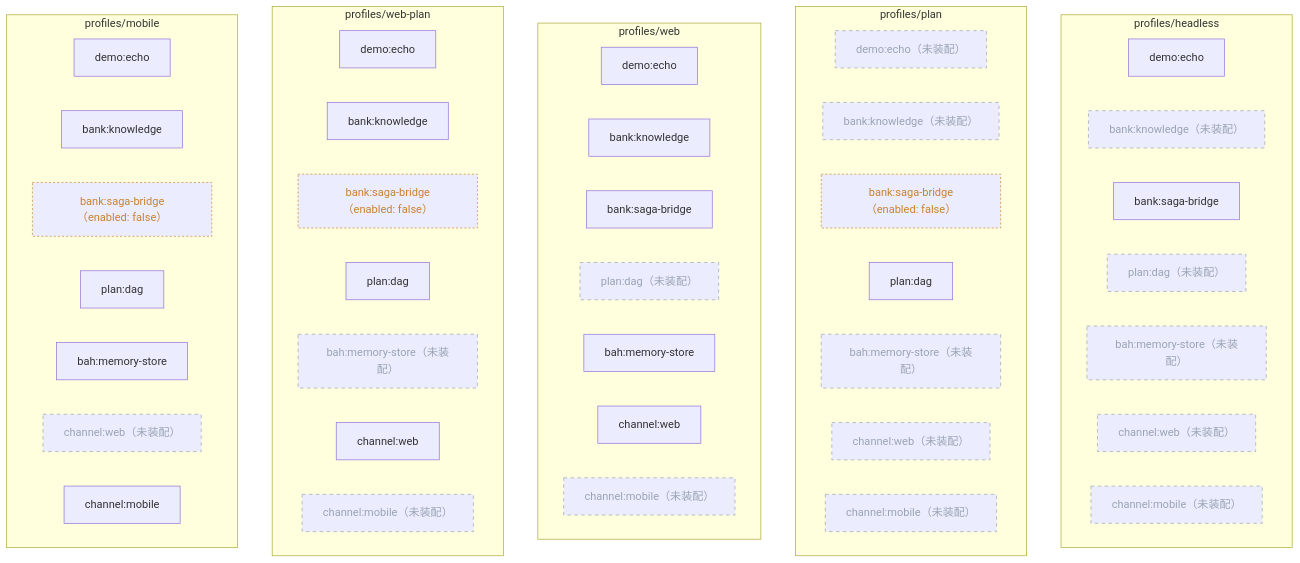
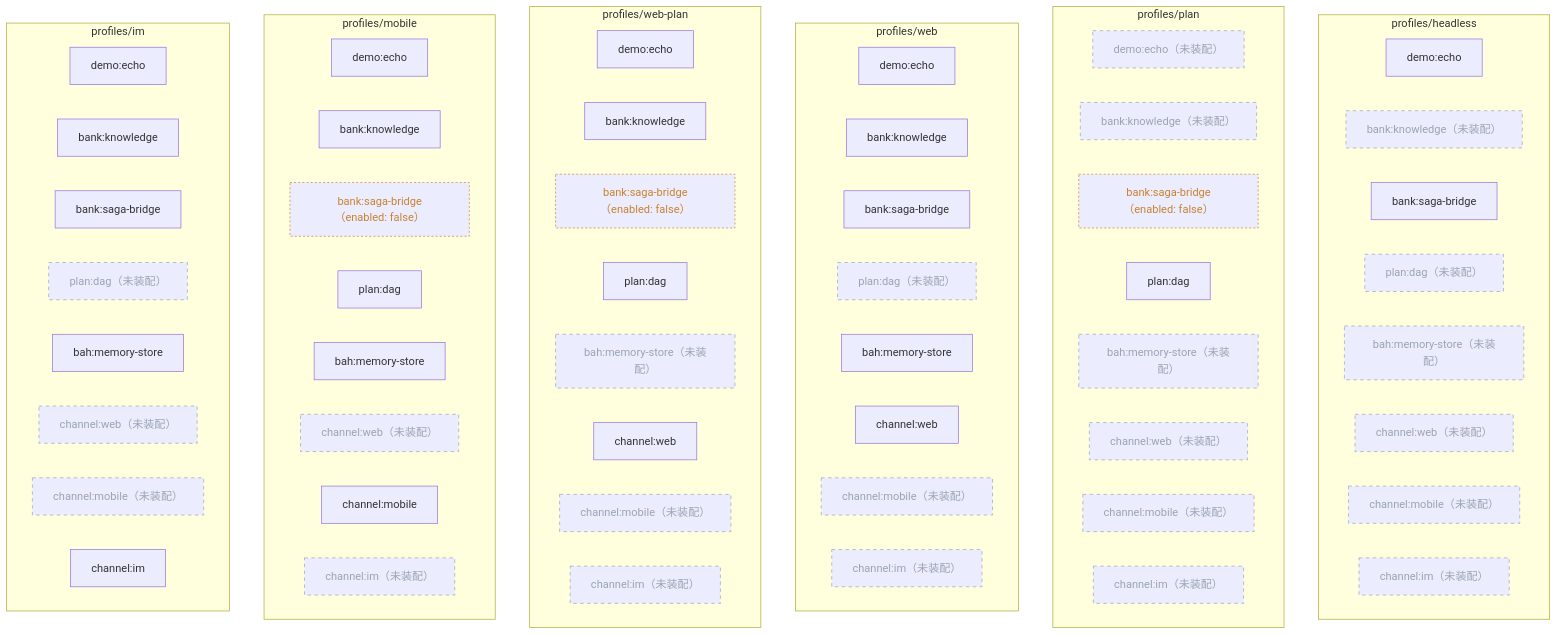
Before and after one commit to YYYPROBEE/BAH: the second of 2 diagrams in docs/architecture.md, drawn with Mermaid. The commit also changed other lines of this file and 32 other files, not shown here.

````diff
--- a/docs/architecture.md
+++ b/docs/architecture.md
@@ -198,52 +205,67 @@
 ```mermaid
 graph TB
   subgraph P_headless["profiles/headless"]
     p8_headless["demo:echo"]
     p11_headless["bank:knowledge（未装配）"]
     p19_headless["bank:saga-bridge"]
     p20_headless["plan:dag（未装配）"]
     p21_headless["bah:memory-store（未装配）"]
     p24_headless["channel:web（未装配）"]
     p25_headless["channel:mobile（未装配）"]
+    p26_headless["channel:im（未装配）"]
   end
   subgraph P_plan["profiles/plan"]
     p8_plan["demo:echo（未装配）"]
     p11_plan["bank:knowledge（未装配）"]
     p19_plan["bank:saga-bridge（enabled: false）"]
     p20_plan["plan:dag"]
     p21_plan["bah:memory-store（未装配）"]
     p24_plan["channel:web（未装配）"]
     p25_plan["channel:mobile（未装配）"]
+    p26_plan["channel:im（未装配）"]
   end
   subgraph P_web["profiles/web"]
     p8_web["demo:echo"]
     p11_web["bank:knowledge"]
     p19_web["bank:saga-bridge"]
     p20_web["plan:dag（未装配）"]
     p21_web["bah:memory-store"]
     p24_web["channel:web"]
     p25_web["channel:mobile（未装配）"]
+    p26_web["channel:im（未装配）"]
   end
   subgraph P_web-plan["profiles/web-plan"]
     p8_web-plan["demo:echo"]
     p11_web-plan["bank:knowledge"]
     p19_web-plan["bank:saga-bridge（enabled: false）"]
     p20_web-plan["plan:dag"]
     p21_web-plan["bah:memory-store（未装配）"]
     p24_web-plan["channel:web"]
     p25_web-plan["channel:mobile（未装配）"]
+    p26_web-plan["channel:im（未装配）"]
   end
   subgraph P_mobile["profiles/mobile"]
     p8_mobile["demo:echo"]
     p11_mobile["bank:knowledge"]
     p19_mobile["bank:saga-bridge（enabled: false）"]
     p20_mobile["plan:dag"]
     p21_mobile["bah:memory-store"]
     p24_mobile["channel:web（未装配）"]
     p25_mobile["channel:mobile"]
+    p26_mobile["channel:im（未装配）"]
+  end
+  subgraph P_im["profiles/im"]
+    p8_im["demo:echo"]
+    p11_im["bank:knowledge"]
+    p19_im["bank:saga-bridge"]
+    p20_im["plan:dag（未装配）"]
+    p21_im["bah:memory-store"]
+    p24_im["channel:web（未装配）"]
+    p25_im["channel:mobile（未装配）"]
+    p26_im["channel:im"]
   end
   classDef ghost stroke-dasharray: 5 5,stroke:#9aa4b2,color:#9aa4b2
   classDef off stroke-dasharray: 3 3,stroke:#c9822f,color:#c9822f
-  class p11_headless,p20_headless,p21_headless,p24_headless,p25_headless,p8_plan,p11_plan,p21_plan,p24_plan,p25_plan,p20_web,p25_web,p21_web-plan,p25_web-plan,p24_mobile ghost
+  class p11_headless,p20_headless,p21_headless,p24_headless,p25_headless,p26_headless,p8_plan,p11_plan,p21_plan,p24_plan,p25_plan,p26_plan,p20_web,p25_web,p26_web,p21_web-plan,p25_web-plan,p26_web-plan,p24_mobile,p26_mobile,p20_im,p24_im,p25_im ghost
   class p19_plan,p19_web-plan,p19_mobile off
 ```
````
